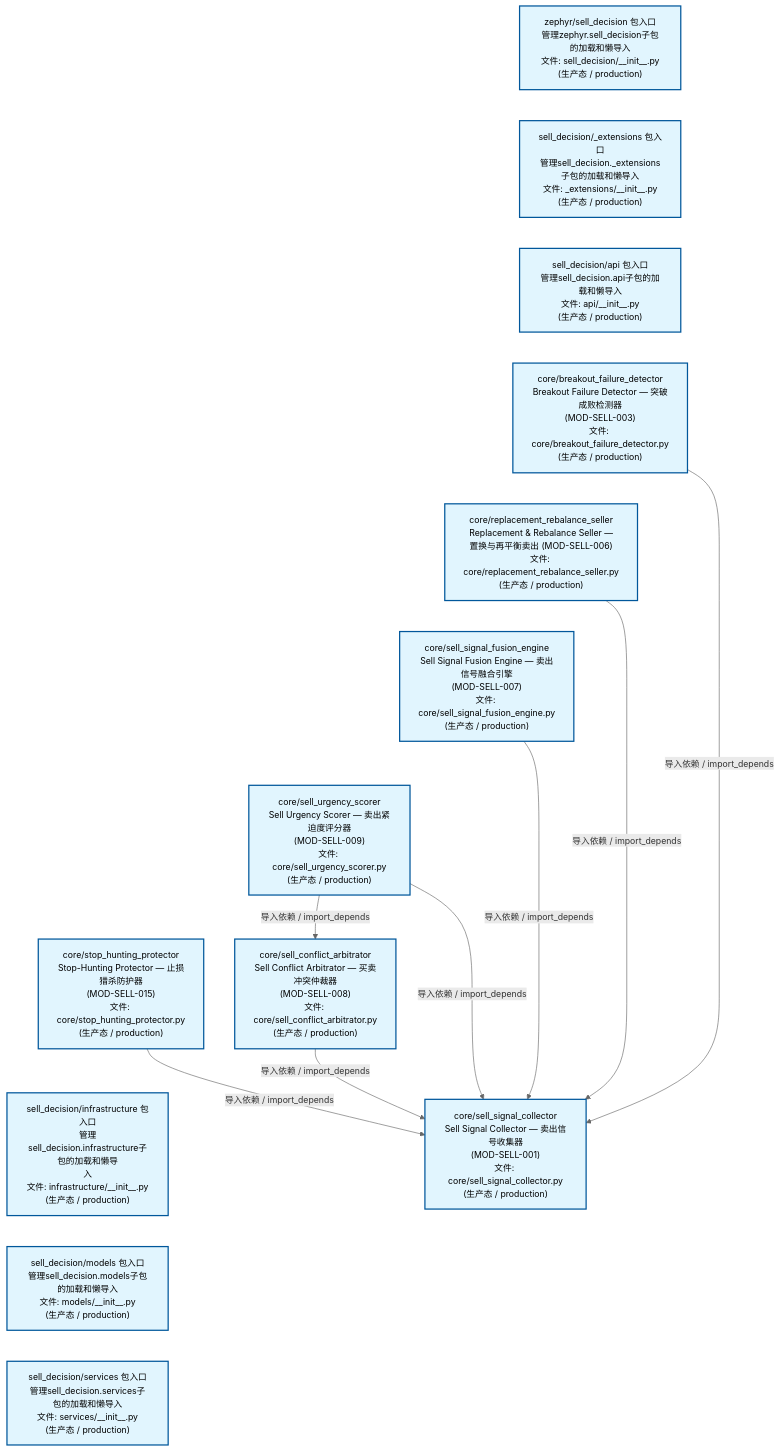
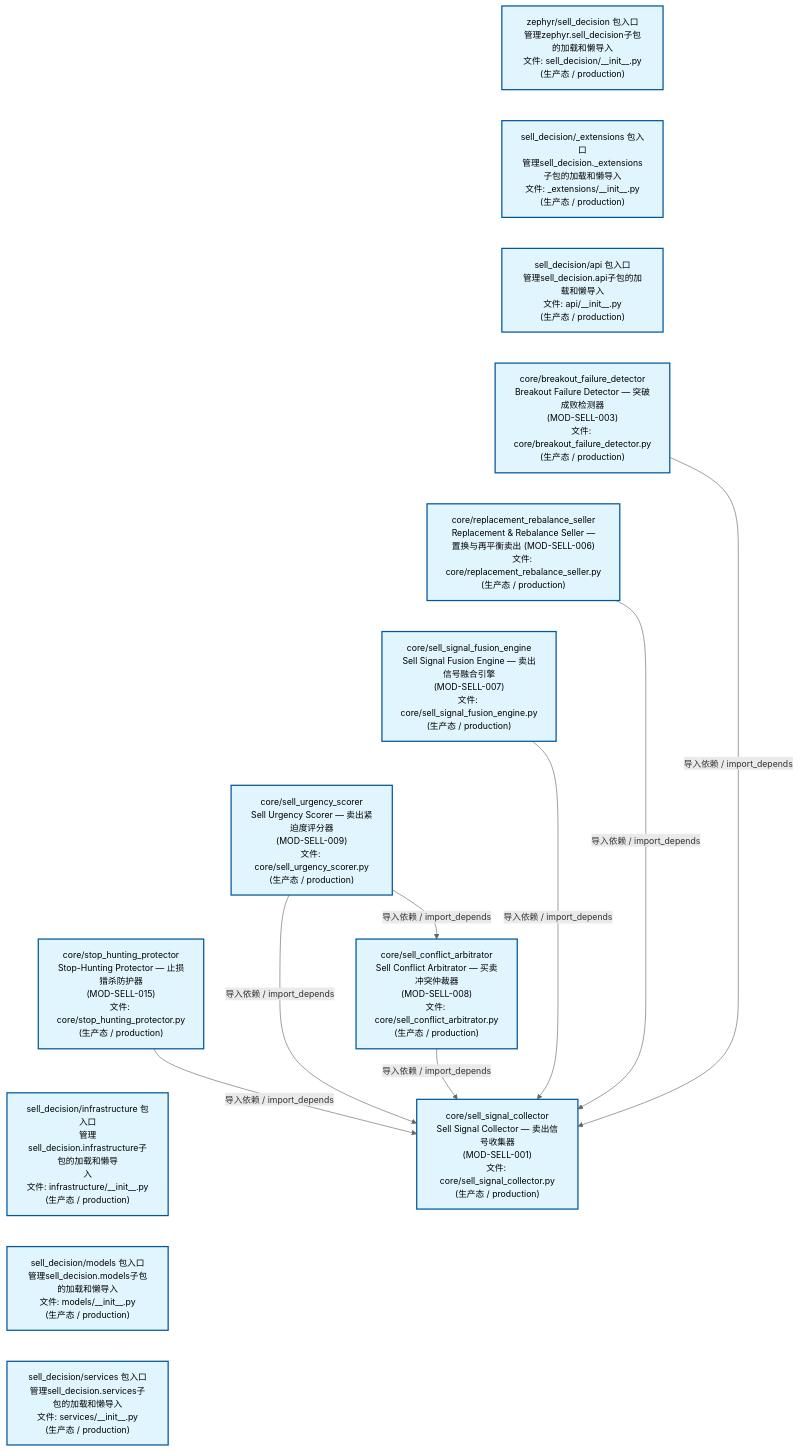
One commit to xuanFelixVan/ZephyrAlpha changed the second of 4 diagrams in docs/02_enterprise_architecture/02_domain_architecture_docs/67_d_sell_decision.md. Above: the diagram before and after it, drawn with Mermaid. The commit also changed other lines of this file and 69 other files, not shown here.

````diff
--- a/docs/02_enterprise_architecture/02_domain_architecture_docs/67_d_sell_decision.md
+++ b/docs/02_enterprise_architecture/02_domain_architecture_docs/67_d_sell_decision.md
@@ -145,39 +152,39 @@
 ```mermaid
 %%{init: {'theme': 'base', 'themeVariables': {'primaryColor': '#eaeaea', 'primaryTextColor': '#333333', 'primaryBorderColor': '#666666', 'lineColor': '#666666', 'secondaryColor': '#eaeaea', 'tertiaryColor': '#eaeaea', 'fontSize': '14px'}}}%%
 flowchart TD
     src_zephyr_sell_decision_init_py["zephyr/sell_decision 包入口<br/>管理zephyr.sell_decision子包的加载和懒导入<br/>文件: sell_decision/__init__.py<br/>(生产态 / production)"]
     src_zephyr_sell_decision_extensions_init_py["sell_decision/_extensions 包入口<br/>管理sell_decision._extensions子包的加载和懒导入<br/>文件: _extensions/__init__.py<br/>(生产态 / production)"]
     src_zephyr_sell_decision_api_init_py["sell_decision/api 包入口<br/>管理sell_decision.api子包的加载和懒导入<br/>文件: api/__init__.py<br/>(生产态 / production)"]
     src_zephyr_sell_decision_core_breakout_failure_detector_py["core/breakout_failure_detector<br/>Breakout Failure Detector — 突破成败检测器<br/>(MOD-SELL-003)<br/>文件: core/breakout_failure_detector.py<br/>(生产态 / production)"]
     src_zephyr_sell_decision_core_replacement_rebalance_seller_py["core/replacement_rebalance_seller<br/>Replacement & Rebalance Seller —<br/>置换与再平衡卖出 (MOD-SELL-006)<br/>文件: core/replacement_rebalance_seller.py<br/>(生产态 / production)"]
     src_zephyr_sell_decision_core_sell_signal_fusion_engine_py["core/sell_signal_fusion_engine<br/>Sell Signal Fusion Engine — 卖出信号融合引擎<br/>(MOD-SELL-007)<br/>文件: core/sell_signal_fusion_engine.py<br/>(生产态 / production)"]
     src_zephyr_sell_decision_core_sell_urgency_scorer_py["core/sell_urgency_scorer<br/>Sell Urgency Scorer — 卖出紧迫度评分器<br/>(MOD-SELL-009)<br/>文件: core/sell_urgency_scorer.py<br/>(生产态 / production)"]
     src_zephyr_sell_decision_core_stop_hunting_protector_py["core/stop_hunting_protector<br/>Stop-Hunting Protector — 止损猎杀防护器<br/>(MOD-SELL-015)<br/>文件: core/stop_hunting_protector.py<br/>(生产态 / production)"]
     src_zephyr_sell_decision_infrastructure_init_py["sell_decision/infrastructure 包入口<br/>管理sell_decision.infrastructure子包的加载和懒导<br/>入<br/>文件: infrastructure/__init__.py<br/>(生产态 / production)"]
     src_zephyr_sell_decision_models_init_py["sell_decision/models 包入口<br/>管理sell_decision.models子包的加载和懒导入<br/>文件: models/__init__.py<br/>(生产态 / production)"]
     src_zephyr_sell_decision_services_init_py["sell_decision/services 包入口<br/>管理sell_decision.services子包的加载和懒导入<br/>文件: services/__init__.py<br/>(生产态 / production)"]
     src_zephyr_sell_decision_init_py ~~~ src_zephyr_sell_decision_extensions_init_py
     src_zephyr_sell_decision_extensions_init_py ~~~ src_zephyr_sell_decision_api_init_py
     src_zephyr_sell_decision_api_init_py ~~~ src_zephyr_sell_decision_core_breakout_failure_detector_py
     src_zephyr_sell_decision_core_breakout_failure_detector_py ~~~ src_zephyr_sell_decision_core_replacement_rebalance_seller_py
     src_zephyr_sell_decision_core_replacement_rebalance_seller_py ~~~ src_zephyr_sell_decision_core_sell_signal_fusion_engine_py
     src_zephyr_sell_decision_core_sell_signal_fusion_engine_py ~~~ src_zephyr_sell_decision_core_sell_urgency_scorer_py
     src_zephyr_sell_decision_core_sell_urgency_scorer_py ~~~ src_zephyr_sell_decision_core_stop_hunting_protector_py
     src_zephyr_sell_decision_core_stop_hunting_protector_py ~~~ src_zephyr_sell_decision_infrastructure_init_py
     src_zephyr_sell_decision_infrastructure_init_py ~~~ src_zephyr_sell_decision_models_init_py
     src_zephyr_sell_decision_models_init_py ~~~ src_zephyr_sell_decision_services_init_py
     src_zephyr_sell_decision_core_sell_conflict_arbitrator_py["core/sell_conflict_arbitrator<br/>Sell Conflict Arbitrator — 买卖冲突仲裁器<br/>(MOD-SELL-008)<br/>文件: core/sell_conflict_arbitrator.py<br/>(生产态 / production)"]
     src_zephyr_sell_decision_core_sell_signal_collector_py["core/sell_signal_collector<br/>Sell Signal Collector — 卖出信号收集器<br/>(MOD-SELL-001)<br/>文件: core/sell_signal_collector.py<br/>(生产态 / production)"]
+    src_zephyr_sell_decision_core_replacement_rebalance_seller_py -->|导入依赖 / import_depends| src_zephyr_sell_decision_core_sell_signal_collector_py
     src_zephyr_sell_decision_core_breakout_failure_detector_py -->|导入依赖 / import_depends| src_zephyr_sell_decision_core_sell_signal_collector_py
+    src_zephyr_sell_decision_core_sell_urgency_scorer_py -->|导入依赖 / import_depends| src_zephyr_sell_decision_core_sell_signal_collector_py
+    src_zephyr_sell_decision_core_sell_urgency_scorer_py -->|导入依赖 / import_depends| src_zephyr_sell_decision_core_sell_conflict_arbitrator_py
+    src_zephyr_sell_decision_core_sell_conflict_arbitrator_py -->|导入依赖 / import_depends| src_zephyr_sell_decision_core_sell_signal_collector_py
+    src_zephyr_sell_decision_core_stop_hunting_protector_py -->|导入依赖 / import_depends| src_zephyr_sell_decision_core_sell_signal_collector_py
     src_zephyr_sell_decision_core_sell_signal_fusion_engine_py -->|导入依赖 / import_depends| src_zephyr_sell_decision_core_sell_signal_collector_py
-    src_zephyr_sell_decision_core_replacement_rebalance_seller_py -->|导入依赖 / import_depends| src_zephyr_sell_decision_core_sell_signal_collector_py
-    src_zephyr_sell_decision_core_sell_conflict_arbitrator_py -->|导入依赖 / import_depends| src_zephyr_sell_decision_core_sell_signal_collector_py
-    src_zephyr_sell_decision_core_sell_urgency_scorer_py -->|导入依赖 / import_depends| src_zephyr_sell_decision_core_sell_conflict_arbitrator_py
-    src_zephyr_sell_decision_core_sell_urgency_scorer_py -->|导入依赖 / import_depends| src_zephyr_sell_decision_core_sell_signal_collector_py
-    src_zephyr_sell_decision_core_stop_hunting_protector_py -->|导入依赖 / import_depends| src_zephyr_sell_decision_core_sell_signal_collector_py
     classDef production fill:#e1f5fe,stroke:#01579b,stroke-width:2px,color:#000
     classDef design fill:#fff3e0,stroke:#e65100,stroke-width:2px,color:#000,stroke-dasharray: 5 5
     classDef external_prod fill:#e8f4fd,stroke:#0277bd,stroke-width:1px,color:#000
     classDef external_design fill:#fff8e7,stroke:#ef6c00,stroke-width:1px,color:#000,stroke-dasharray: 5 5
     class src_zephyr_sell_decision_init_py,src_zephyr_sell_decision_extensions_init_py,src_zephyr_sell_decision_api_init_py,src_zephyr_sell_decision_core_breakout_failure_detector_py,src_zephyr_sell_decision_core_replacement_rebalance_seller_py,src_zephyr_sell_decision_core_sell_conflict_arbitrator_py,src_zephyr_sell_decision_core_sell_signal_collector_py,src_zephyr_sell_decision_core_sell_signal_fusion_engine_py,src_zephyr_sell_decision_core_sell_urgency_scorer_py,src_zephyr_sell_decision_core_stop_hunting_protector_py,src_zephyr_sell_decision_infrastructure_init_py,src_zephyr_sell_decision_models_init_py,src_zephyr_sell_decision_services_init_py production
 ```
````
